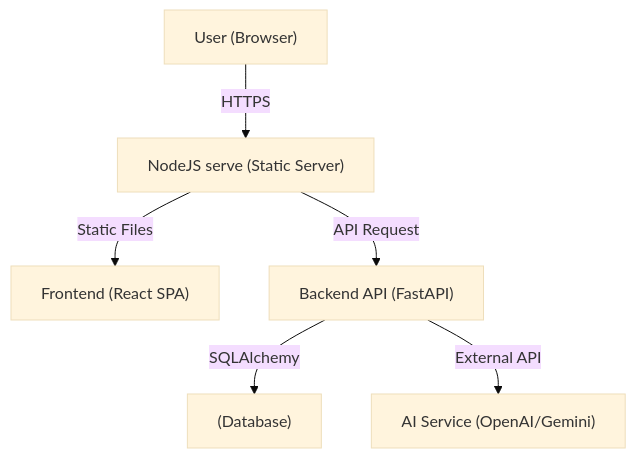
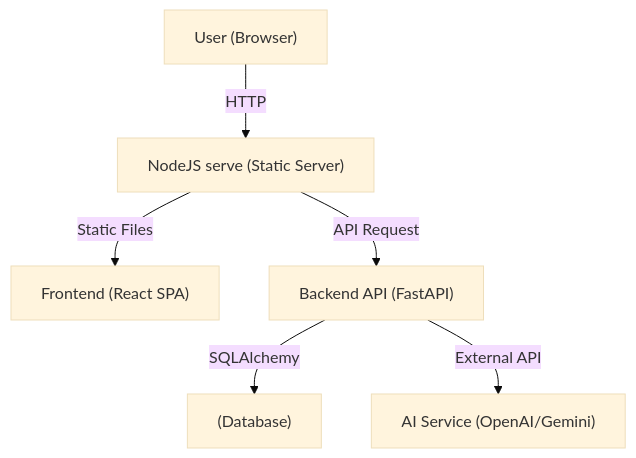
Before and after one commit to himchannnn/context_hunter: the first of 2 diagrams in guide/HLD.md, drawn with Mermaid (base theme). The commit also changed other lines of this file, not shown here.

````diff
--- a/guide/HLD.md
+++ b/guide/HLD.md
@@ -35,15 +35,15 @@
 ```mermaid
 graph TD
     User["User (Browser)"]
     LB["NodeJS serve (Static Server)"]
     FE["Frontend (React SPA)"]
     BE["Backend API (FastAPI)"]
     DB["(Database)"]
     AI["AI Service (OpenAI/Gemini)"]
 
-    User -->|HTTPS| LB
+    User -->|HTTP| LB
     LB -->|Static Files| FE
     LB -->|API Request| BE
     BE -->|SQLAlchemy| DB
     BE -->|External API| AI
 ```
````
